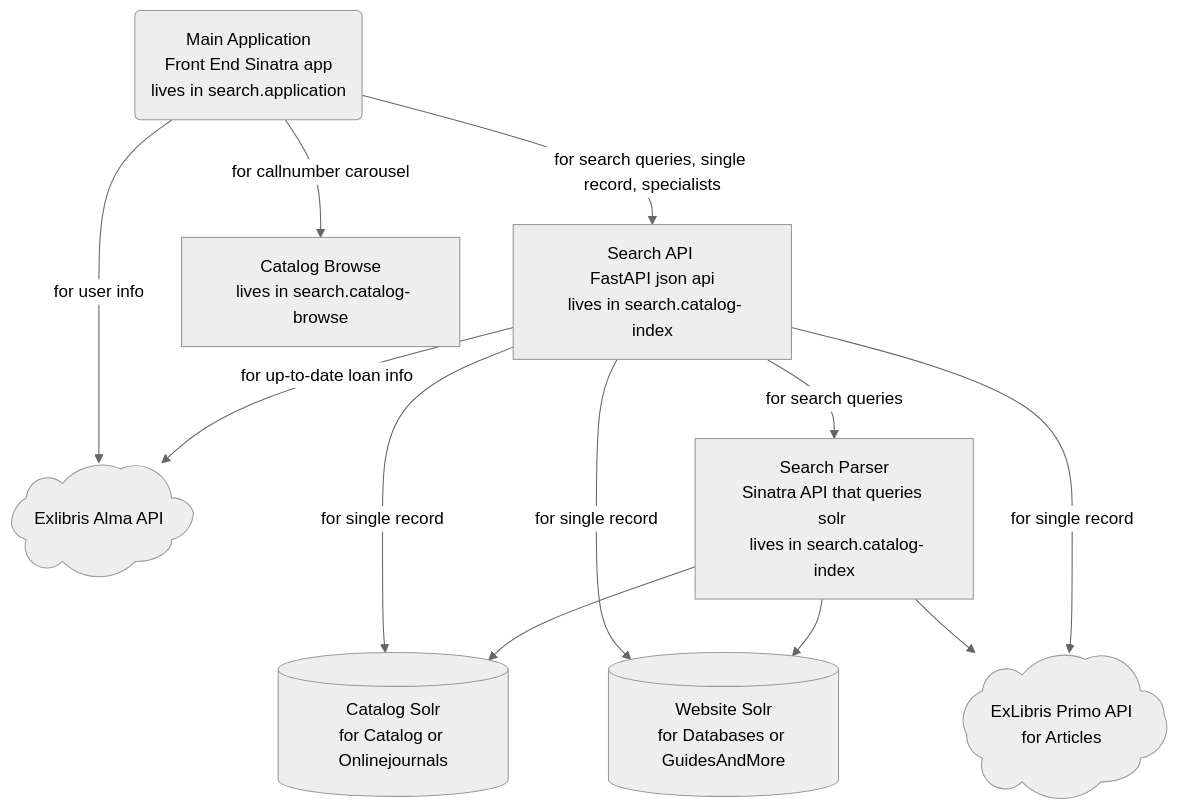
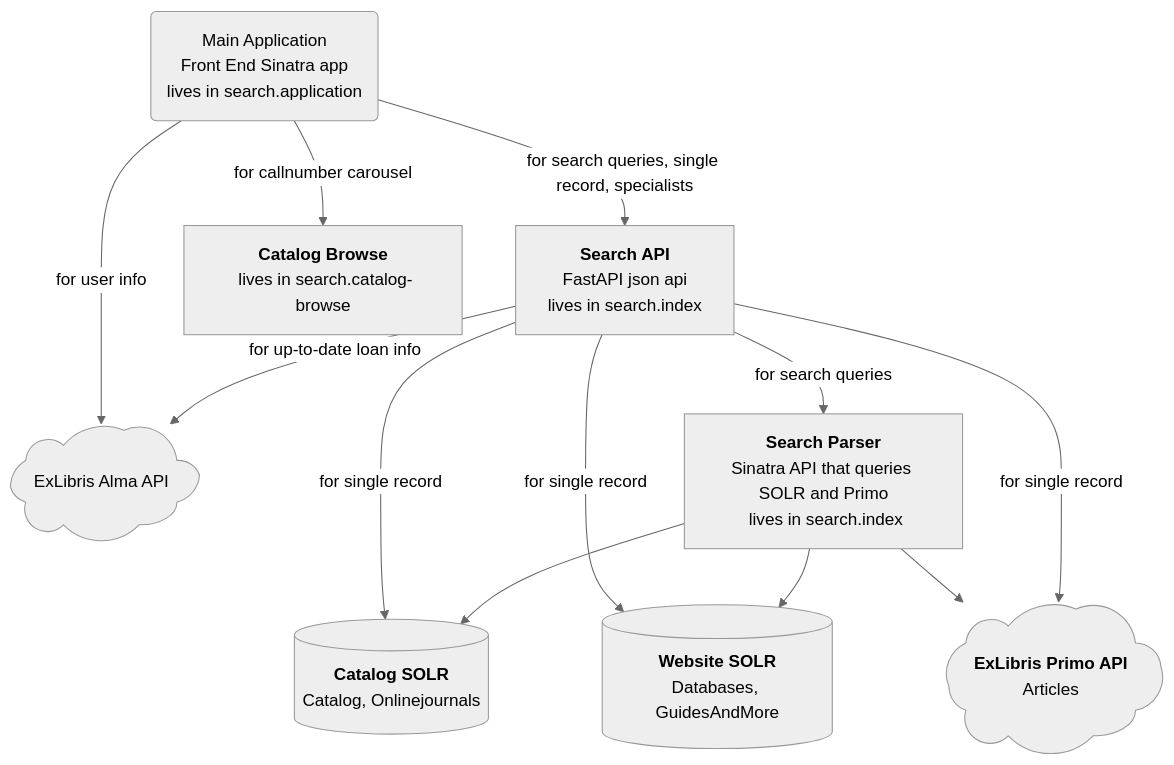
Before and after one commit to mlibrary/search.application: the diagram in docs/search-architecure-diagram.md, drawn with Mermaid (neutral theme). The commit also changed other lines of this file, not shown here.

Commit message:
updated the diagram; add link to figma

````diff
--- a/docs/search-architecure-diagram.md
+++ b/docs/search-architecure-diagram.md
@@ -5,28 +9,27 @@
 ```mermaid
 flowchart TD
     A(Main Application <br> Front End Sinatra app <br> lives in search.application )
-    H@{ shape: cloud, label: Exlibris Alma API}
-    F@{ shape: cloud, label: "ExLibris Primo API<br>for Articles"}
-    B[Search API <br> FastAPI json api <br> lives in search.catalog-index]
-    C[Search Parser<br>Sinatra API that queries solr <br> lives in search.catalog-index]
-    D@{ shape: cyl, label: "Catalog Solr<br>for Catalog or Onlinejournals"}
-    G[Catalog Browse<br> lives in search.catalog-browse]
-    E@{ shape: cyl, label: "Website Solr<br>for Databases or GuidesAndMore"}
-
+    H@{ shape: cloud, label: ExLibris Alma API}
+    F@{ shape: cloud, label: "<b>ExLibris Primo API</b><br>Articles"}
+    B[<b>Search API</b> <br> FastAPI json api <br> lives in search.index]
+    C[<b>Search Parser</b><br>Sinatra API that queries SOLR and Primo<br> lives in search.index]
+    D@{ shape: cyl, label: "<b>Catalog SOLR</b><br>Catalog, Onlinejournals"}
+    G[<b>Catalog Browse</b><br> lives in search.catalog-browse]
+    E@{ shape: cyl, label: "<b>Website SOLR</b><br>Databases, GuidesAndMore"}
 
     
 
     A --> |for search queries, single record, specialists| B
     A --> |for callnumber carousel| G
     A --> |for user info| H
     B -->|for search queries|C
     B --> |for up-to-date loan info| H
 
     B-->|for single record|D
     B-->|for single record|E
   
     C --> D
     C --> E
     C --> F
     B-->|for single record|F
 ```
````
